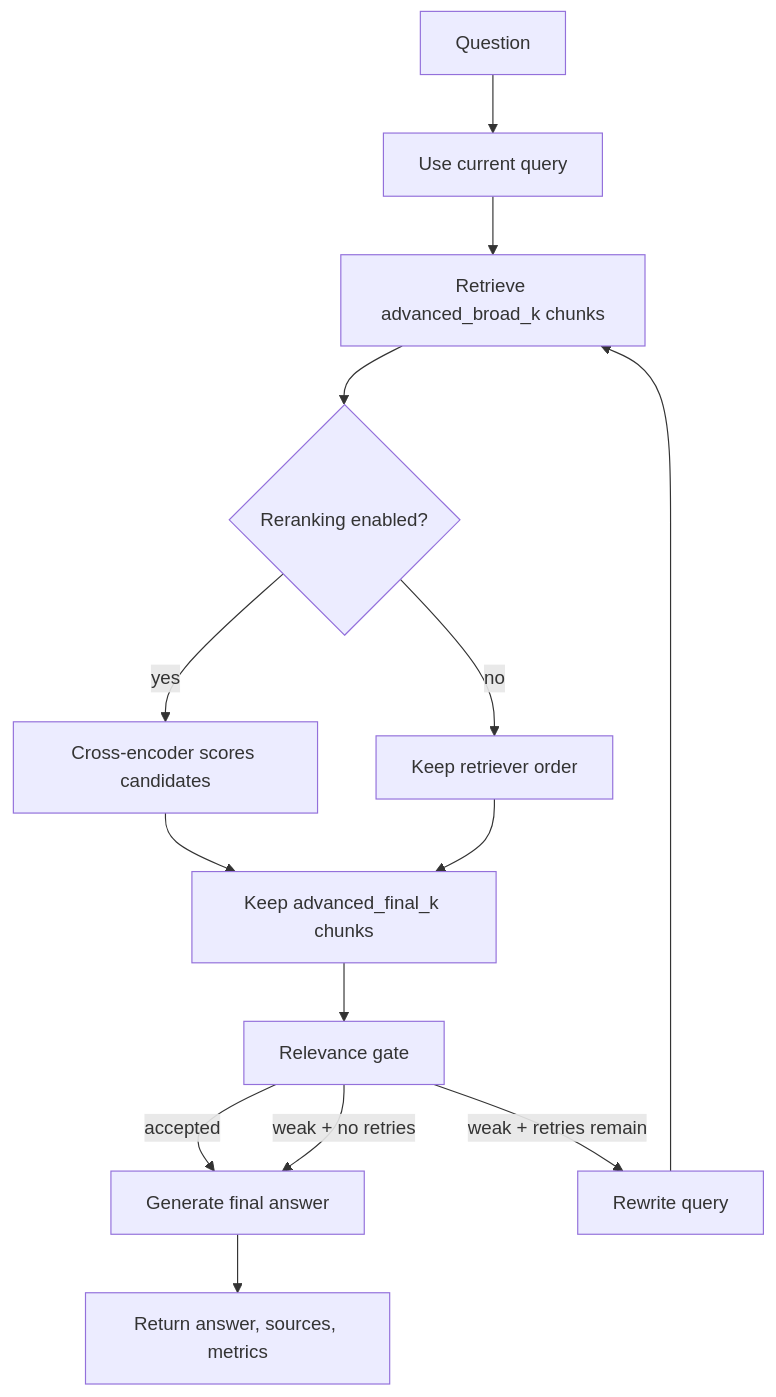
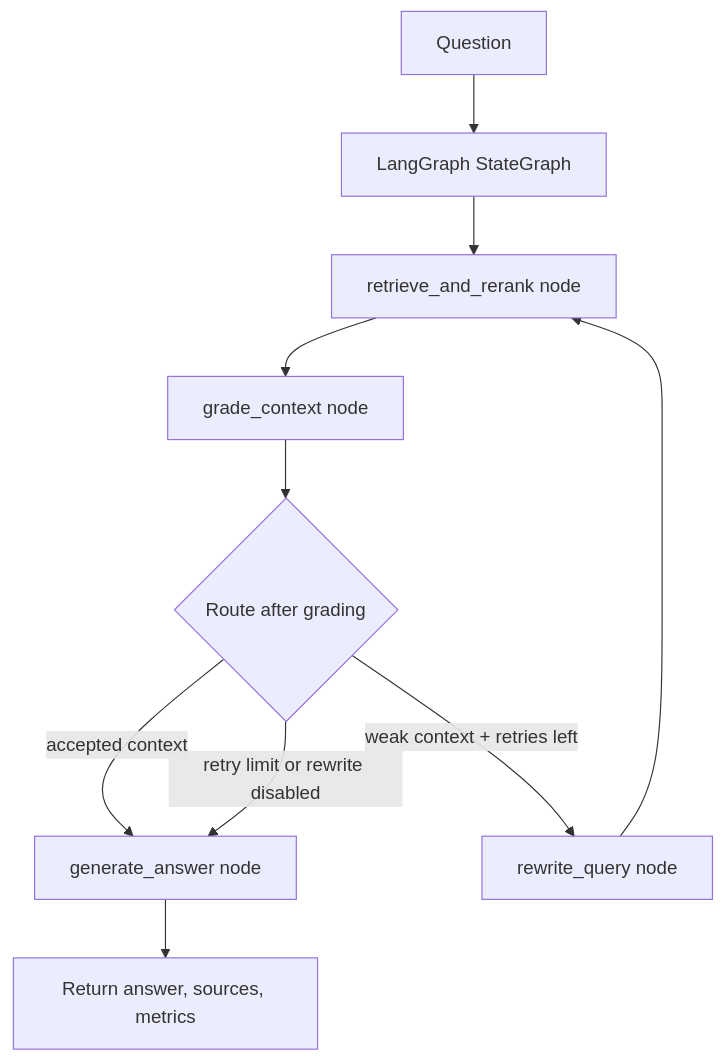
The fourth of 4 diagrams in README.md (Abhinaba925/Corrective-RAG), drawn with Mermaid before and after one commit. The commit also changed other lines of this file, not shown here.

Commit message:
Document LangGraph CRAG implementation

````diff
--- a/README.md
+++ b/README.md
@@ -533,16 +536,12 @@
 ```mermaid
 flowchart TD
-    A["Question"] --> B["Use current query"]
-    B --> C["Retrieve advanced_broad_k chunks"]
-    C --> D{"Reranking enabled?"}
-    D -->|"yes"| E["Cross-encoder scores candidates"]
-    D -->|"no"| F["Keep retriever order"]
-    E --> G["Keep advanced_final_k chunks"]
-    F --> G
-    G --> H["Relevance gate"]
-    H -->|"accepted"| I["Generate final answer"]
-    H -->|"weak + retries remain"| J["Rewrite query"]
-    J --> C
-    H -->|"weak + no retries"| I
-    I --> K["Return answer, sources, metrics"]
+    A["Question"] --> B["LangGraph StateGraph"]
+    B --> C["retrieve_and_rerank node"]
+    C --> D["grade_context node"]
+    D --> E{"Route after grading"}
+    E -->|"accepted context"| F["generate_answer node"]
+    E -->|"weak context + retries left"| G["rewrite_query node"]
+    G --> C
+    E -->|"retry limit or rewrite disabled"| F
+    F --> H["Return answer, sources, metrics"]
 ```
````
